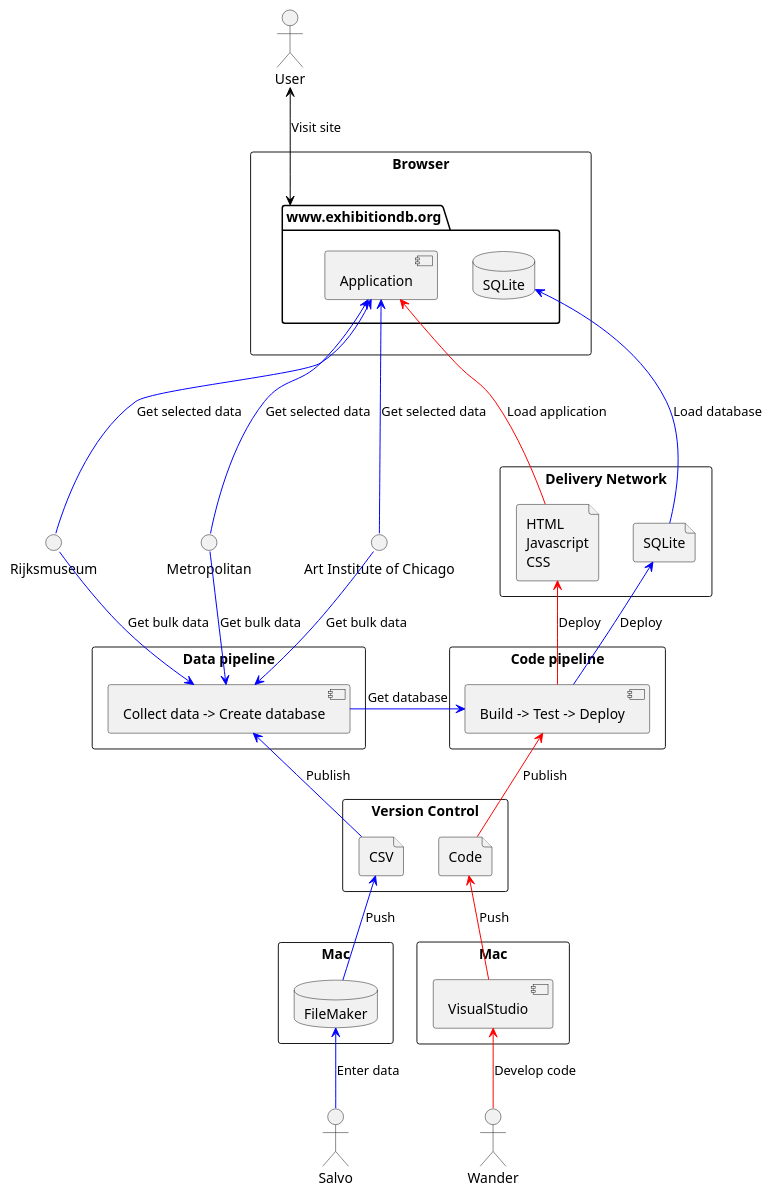
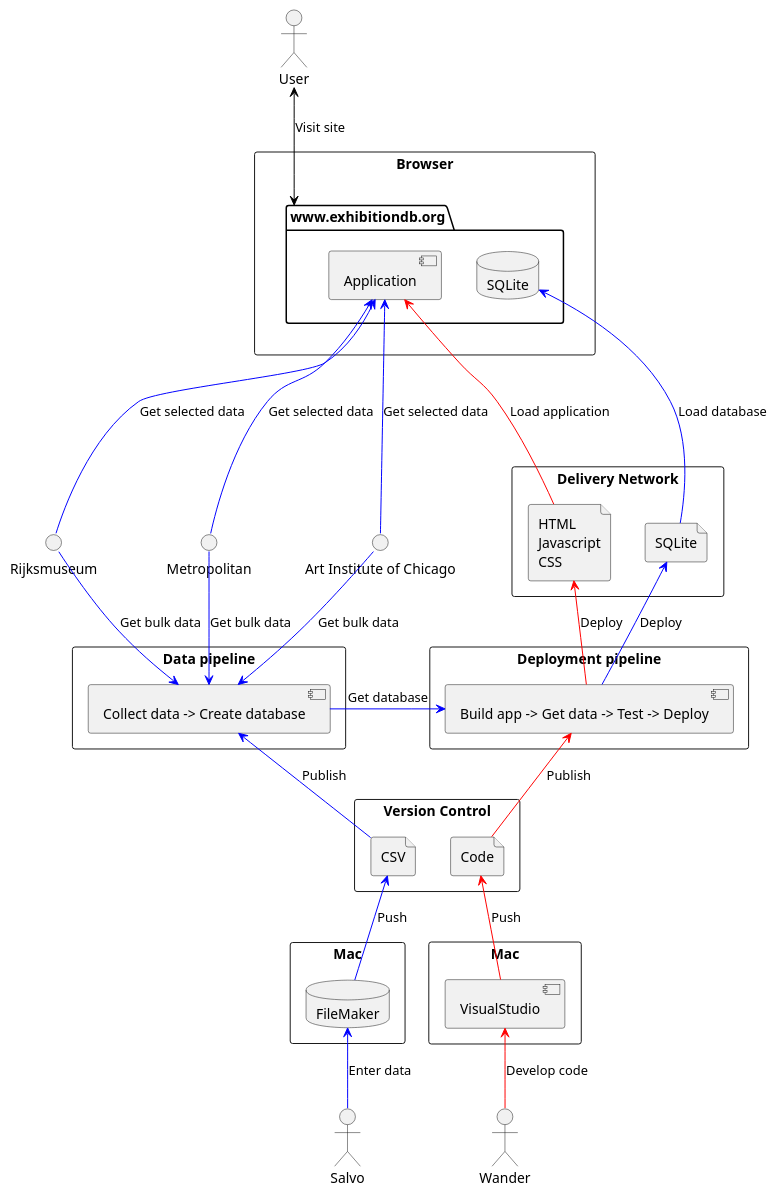
Before and after one commit to rednaw/exhibitionDB: the diagram in doc/Architecture.iuml, drawn with PlantUML. The commit also changed 2 other files, not shown here.

```diff
--- a/doc/Architecture.iuml
+++ b/doc/Architecture.iuml
@@ -1,66 +1,66 @@
 @startuml Deployment
 
 actor Wander as Developer
 actor Salvo as Expert
 actor User
 
 rectangle Mac as DeveloperC {
   component VisualStudio
 }
 
 rectangle Mac as ExpertC {
   database FileMaker
 }
 
 rectangle Browser as UserC {
   package "www.exhibitiondb.org" as Site {
     component Application
     database SQLite as Database
   }
 }
 
 interface "Rijksmuseum" as Rijksmuseum
 interface "Metropolitan" as Metropolitan
 interface "Art Institute of Chicago" as Artic
 
 rectangle "Version Control" as CodeGitHub {
   file CSV
   file Code
 }
 
 rectangle "Data pipeline" as DataPipeline {
   component "Collect data -> Create database" as DataGenerator 
 }
 
-rectangle "Code pipeline" as CodePipeline {
-  component "Build -> Test -> Deploy" as CodeGenerator 
+rectangle "Deployment pipeline" as DeploymentPipeline {
+  component "Build app -> Get data -> Test -> Deploy" as CodeGenerator 
 }
 
 rectangle "Delivery Network" as CDN {
   file "HTML\nJavascript\nCSS" as Storage
   file SQLite
 }
 
 FileMaker <-[#blue]- Expert : Enter data
 VisualStudio <-[#red]- Developer : Develop code
 User <-[#black]-> Site : Visit site
 
 Code <-[#red]- VisualStudio : Push
 CSV <-[#blue]- FileMaker : Push
 Application <-[#red]-- Storage : Load application
 Database <-[#blue]-- SQLite : Load database
 
 Storage <-[#red]- CodeGenerator : Deploy
 SQLite <-[#blue]- CodeGenerator : Deploy
 DataGenerator -[#blue]> CodeGenerator : Get database
 CodeGenerator <-[#red]- Code : Publish
 DataGenerator <-[#blue]- CSV : Publish
 
 Artic -[#blue]-> DataGenerator : Get bulk data
 Application <-[#blue]-- Artic : Get selected data
 Metropolitan -[#blue]-> DataGenerator : Get bulk data
 Application <-[#blue]-- Metropolitan : Get selected data
 Rijksmuseum -[#blue]-> DataGenerator : Get bulk data
 Application <-[#blue]-- Rijksmuseum : Get selected data
 
 @enduml
```
